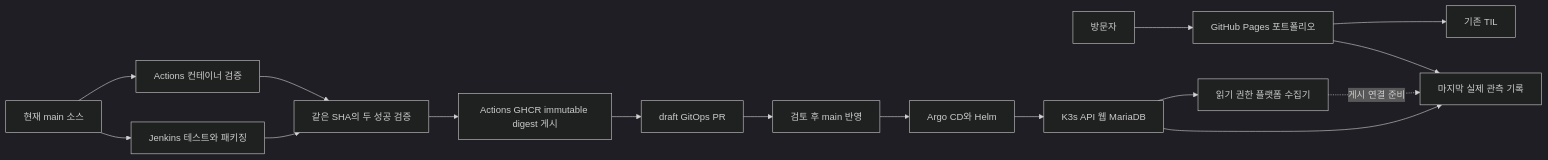
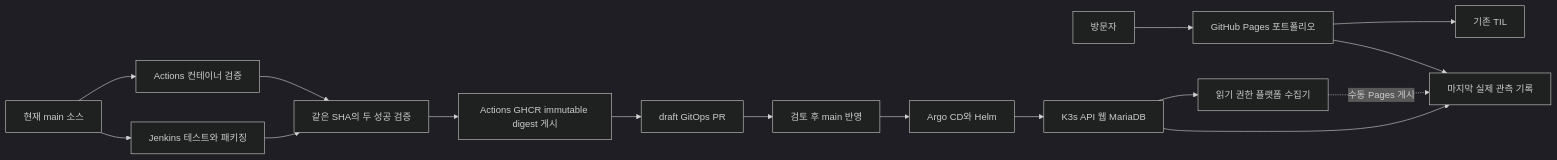
One commit to DevDooly/devdooly-platform-lab changed the diagram in README.md. Above: the diagram before and after it, drawn with Mermaid (dark theme). The commit also changed other lines of this file and 16 other files, not shown here.

````diff
--- a/README.md
+++ b/README.md
@@ -48,18 +48,18 @@
 ```mermaid
 flowchart LR
   V[방문자] --> P[GitHub Pages 포트폴리오]
   P --> O[마지막 실제 관측 기록]
   P --> T[기존 TIL]
   C[현재 main 소스] --> J[Jenkins 테스트와 패키징]
   C --> G[Actions 컨테이너 검증]
   J --> V2[같은 SHA의 두 성공 검증]
   G --> V2
   V2 --> R[Actions GHCR immutable digest 게시]
   R --> D[draft GitOps PR]
   D --> M[검토 후 main 반영]
   M --> A[Argo CD와 Helm]
   A --> K[K3s API 웹 MariaDB]
   K --> O
   K --> S[읽기 권한 플랫폼 수집기]
-  S -. 게시 연결 준비 .-> O
+  S -. 수동 Pages 게시 .-> O
 ```
````
